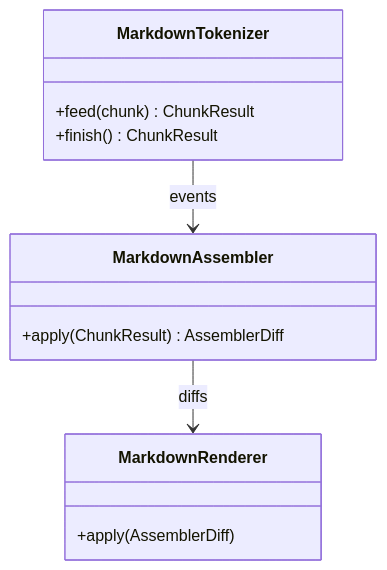
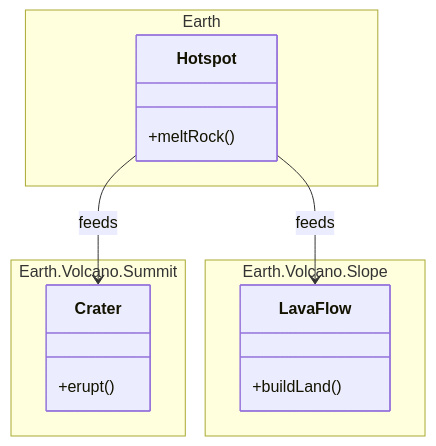
Before and after one commit to PicoMLX/PicoMarkdownView: the fourth of 58 diagrams in MarkdownExample/MarkdownExample/markdown files/Diagrams.md, drawn with Mermaid. The commit also changed other lines of this file, not shown here.

Commit message:
docs: use the full Pele examples in the diagram demo

````diff
--- a/MarkdownExample/MarkdownExample/markdown files/Diagrams.md
+++ b/MarkdownExample/MarkdownExample/markdown files/Diagrams.md
@@ -38,15 +80,25 @@
 ```mermaid
+---
+config:
+  class:
+    hierarchicalNamespaces: false
+---
 classDiagram
-  class MarkdownTokenizer {
-    +feed(chunk) ChunkResult
-    +finish() ChunkResult
-  }
-  class MarkdownAssembler {
-    +apply(ChunkResult) AssemblerDiff
-  }
-  class MarkdownRenderer {
-    +apply(AssemblerDiff)
-  }
-  MarkdownTokenizer --> MarkdownAssembler : events
-  MarkdownAssembler --> MarkdownRenderer : diffs
+    namespace Earth.Volcano.Summit {
+        class Crater {
+            +erupt()
+        }
+    }
+    namespace Earth.Volcano.Slope {
+        class LavaFlow {
+            +buildLand()
+        }
+    }
+    namespace Earth {
+        class Hotspot {
+            +meltRock()
+        }
+    }
+    Hotspot --> Crater : feeds
+    Hotspot --> LavaFlow : feeds
 ```
````
